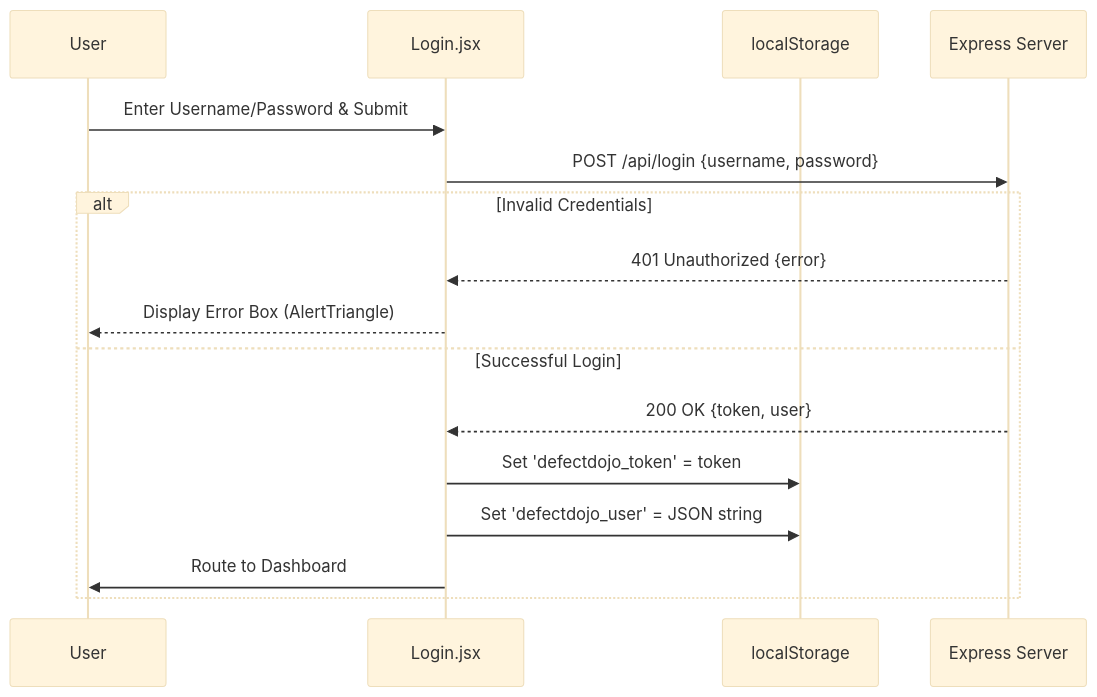
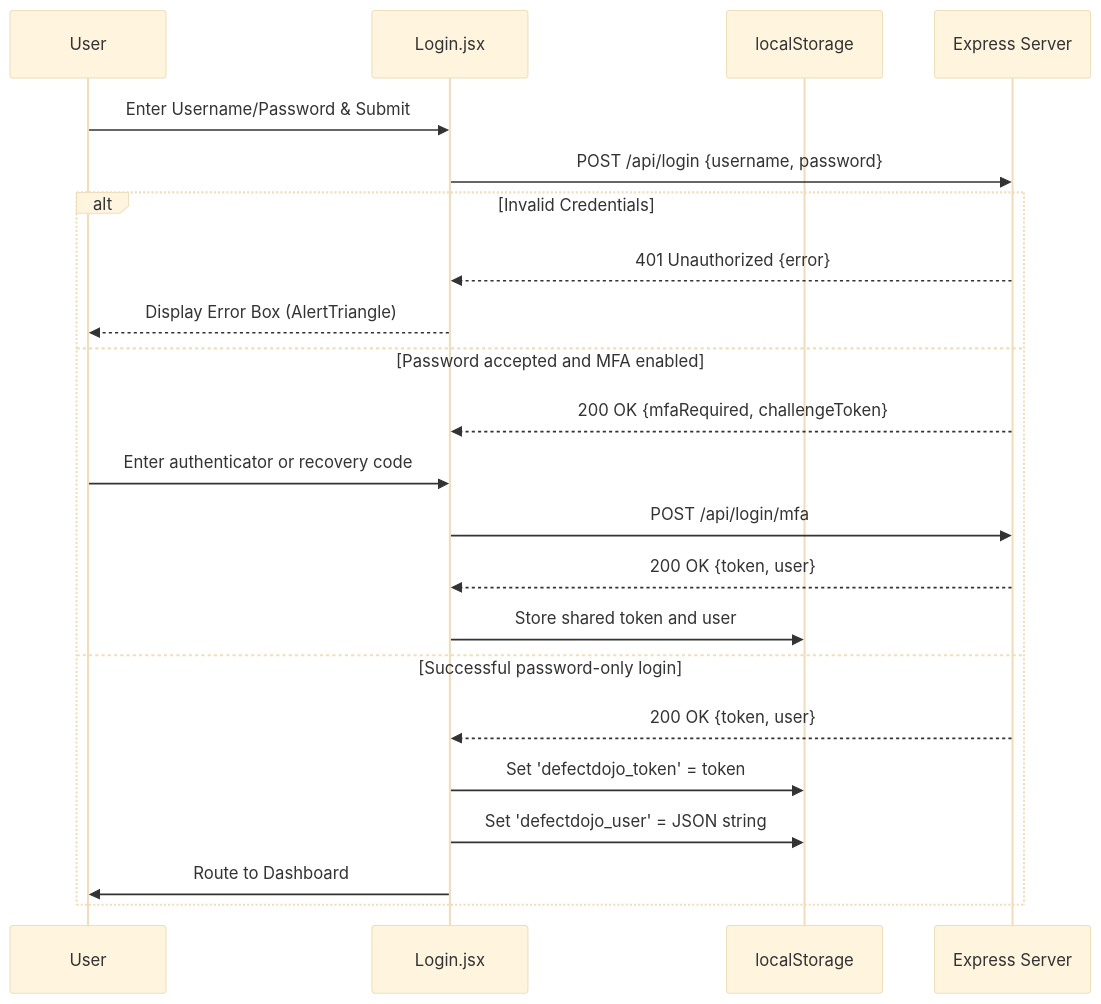
The second of 4 diagrams in apps/docs/content/00-overview.md (Ratthapoom681/Middleware-2.0), drawn with Mermaid (base theme) before and after one commit. The commit also changed other lines of this file and 53 other files, not shown here.

First line of the commit message:
feat: add ProfilePage component for user profile management with MFA setup

````diff
--- a/apps/docs/content/00-overview.md
+++ b/apps/docs/content/00-overview.md
@@ -118,19 +118,25 @@
 ```mermaid
 sequenceDiagram
     participant User
     participant LoginUI as Login.jsx
     participant LocalStore as localStorage
     participant Server as Express Server
     
     User->>LoginUI: Enter Username/Password & Submit
     LoginUI->>Server: POST /api/login {username, password}
     alt Invalid Credentials
         Server-->>LoginUI: 401 Unauthorized {error}
         LoginUI-->>User: Display Error Box (AlertTriangle)
-    else Successful Login
+    else Password accepted and MFA enabled
+        Server-->>LoginUI: 200 OK {mfaRequired, challengeToken}
+        User->>LoginUI: Enter authenticator or recovery code
+        LoginUI->>Server: POST /api/login/mfa
+        Server-->>LoginUI: 200 OK {token, user}
+        LoginUI->>LocalStore: Store shared token and user
+    else Successful password-only login
         Server-->>LoginUI: 200 OK {token, user}
         LoginUI->>LocalStore: Set 'defectdojo_token' = token
         LoginUI->>LocalStore: Set 'defectdojo_user' = JSON string
         LoginUI->>User: Route to Dashboard
     end
 ```
````
